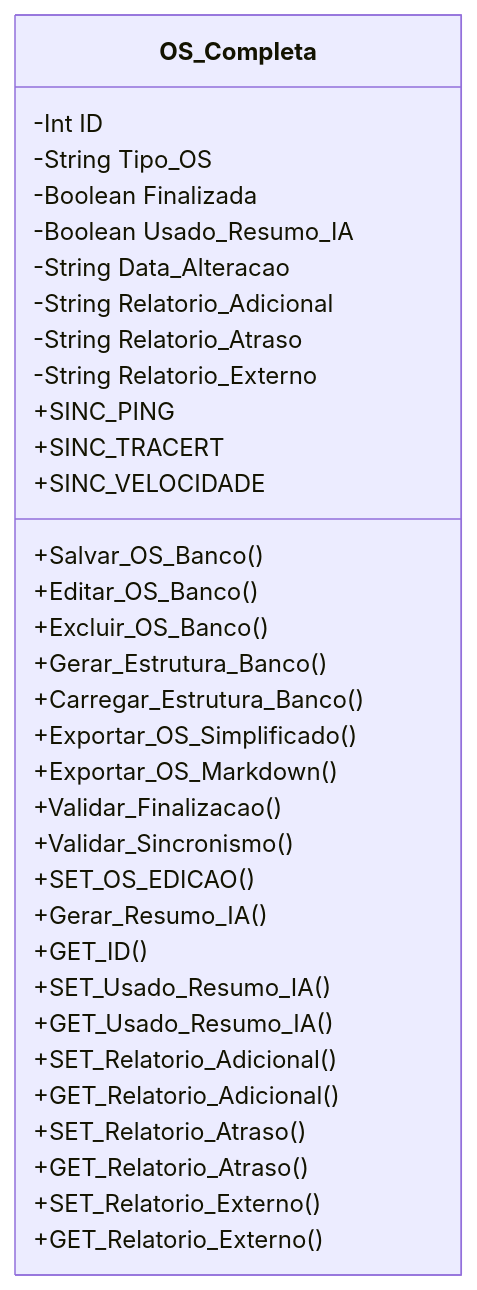
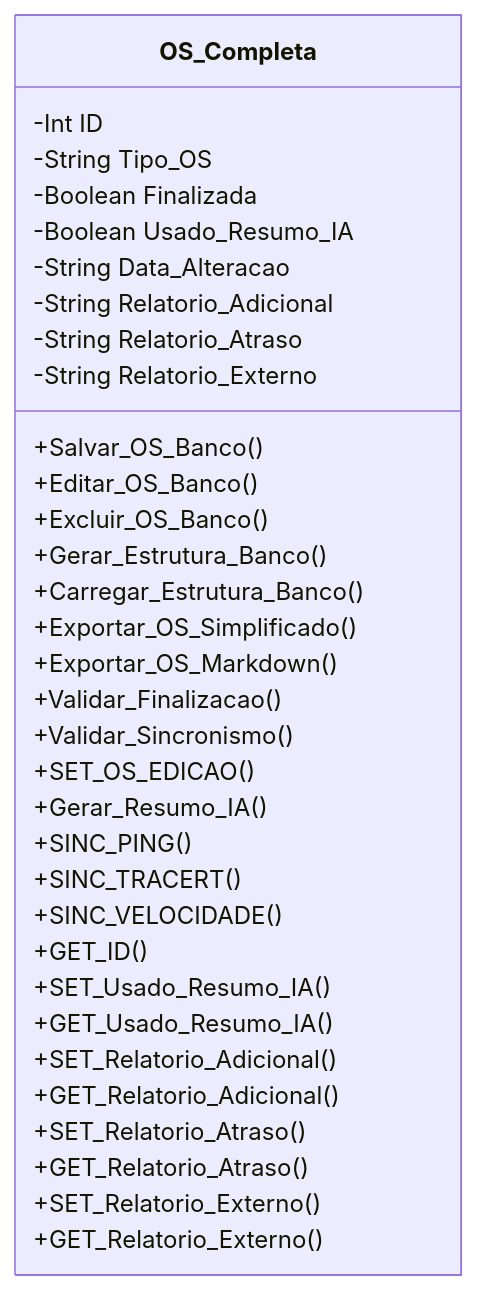
Before and after one commit to ETECC-Telecom/ValtObsidian-Script-Moto: the diagram in DOCUMENTOS/Classe - Ordem de Serviço Completa.md, drawn with Mermaid. The commit also changed 3 other files, not shown here.

````diff
--- a/DOCUMENTOS/Classe - Ordem de Serviço Completa.md
+++ b/DOCUMENTOS/Classe - Ordem de Serviço Completa.md
@@ -57,40 +57,40 @@
 ```mermaid
 classDiagram
 
     class OS_Completa{
 		-Int ID
 		-String Tipo_OS
 		-Boolean Finalizada
 		-Boolean Usado_Resumo_IA
 		-String Data_Alteracao
 		-String Relatorio_Adicional
 		-String Relatorio_Atraso
 		-String Relatorio_Externo
       
 	    +Salvar_OS_Banco()
 		+Editar_OS_Banco()
 		+Excluir_OS_Banco()
 		+Gerar_Estrutura_Banco()
 		+Carregar_Estrutura_Banco()
 		+Exportar_OS_Simplificado()
 		+Exportar_OS_Markdown()
 		+Validar_Finalizacao()
 		+Validar_Sincronismo()
 		
 		+SET_OS_EDICAO()
 		+Gerar_Resumo_IA()
-		+SINC_PING
-		+SINC_TRACERT
-		+SINC_VELOCIDADE
+		+SINC_PING()
+		+SINC_TRACERT()
+		+SINC_VELOCIDADE()
 		
 		+GET_ID()
 		+SET_Usado_Resumo_IA()
 		+GET_Usado_Resumo_IA()
 		+SET_Relatorio_Adicional()
 		+GET_Relatorio_Adicional()
 		+SET_Relatorio_Atraso()
 		+GET_Relatorio_Atraso()
 		+SET_Relatorio_Externo()
 		+GET_Relatorio_Externo()
     }
 ```
````
